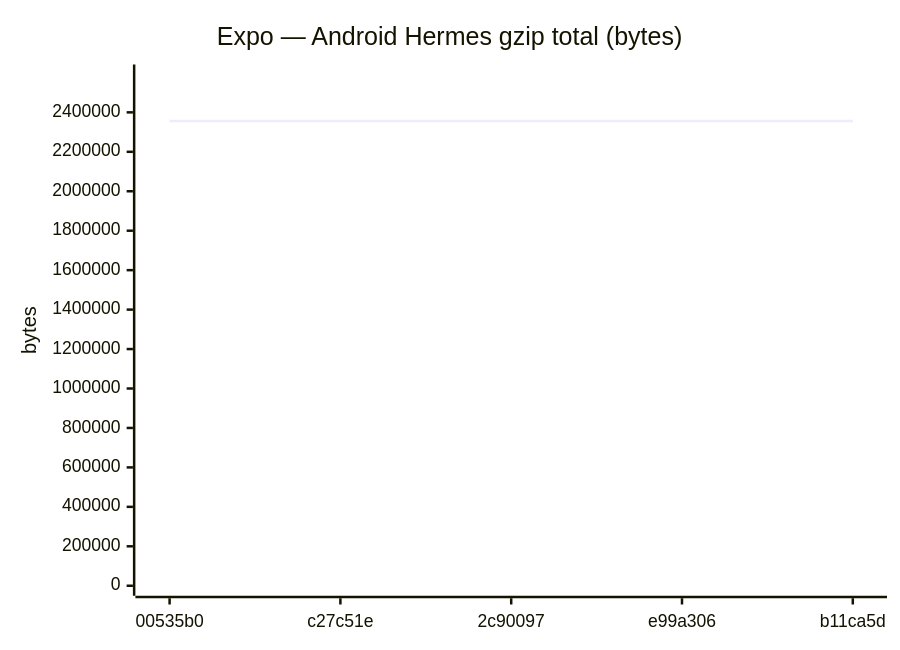
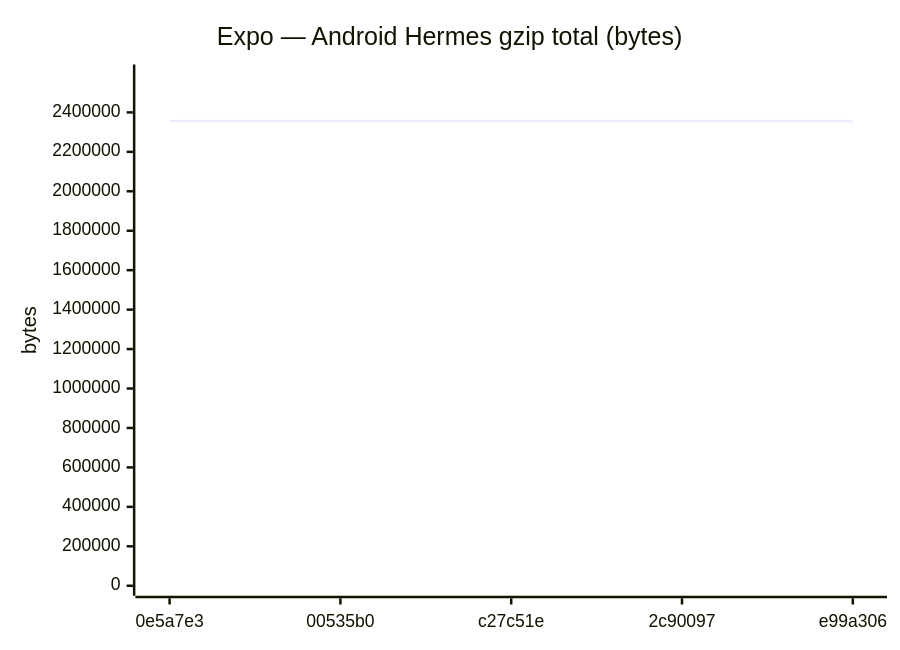
Diagram 15 of 24 in benchmarks/compare.md (Metaheurist/Rianell), drawn with Mermaid before and after one commit. The commit also changed other lines of this file and 12 other files, not shown here.

````diff
--- a/benchmarks/compare.md
+++ b/benchmarks/compare.md
@@ -201,7 +205,7 @@
 ```mermaid
 xychart-beta
     title "Expo — Android Hermes gzip total (bytes)"
-    x-axis ["00535b0", "c27c51e", "2c90097", "e99a306", "b11ca5d"]
-    y-axis "bytes" 0 --> 2591935
-    line [2356301, 2356304, 2356302, 2356302, 2356299]
+    x-axis ["0e5a7e3", "00535b0", "c27c51e", "2c90097", "e99a306"]
+    y-axis "bytes" 0 --> 2592120
+    line [2356472, 2356301, 2356304, 2356302, 2356302]
 ```
````
